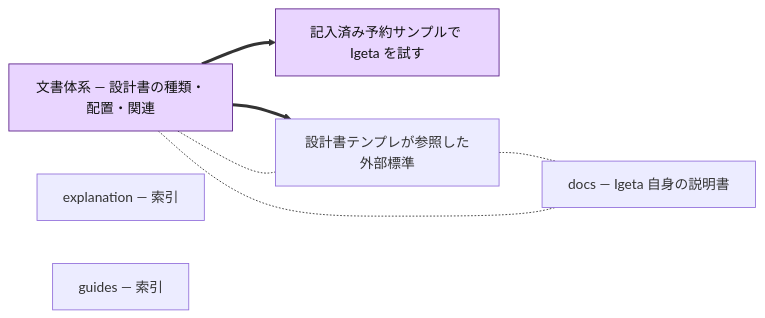
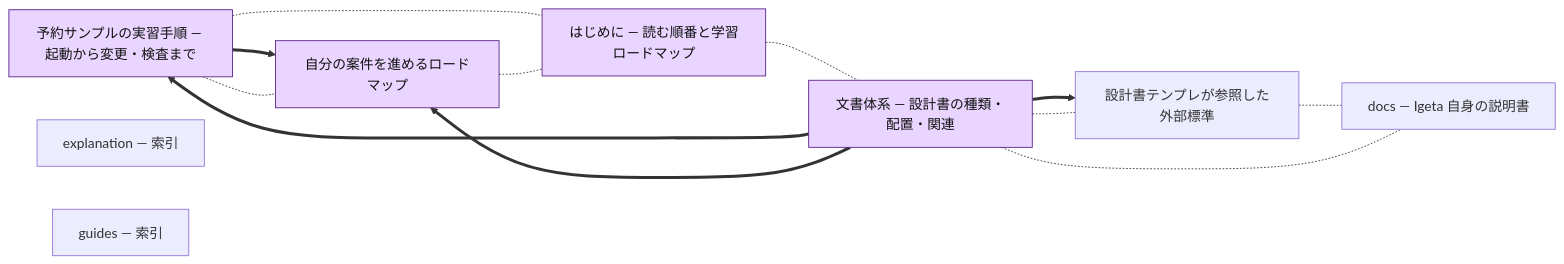
Before and after one commit to SakakitaniJunya/Igeta: the diagram in docs/dependencies.md, drawn with Mermaid. The commit also changed other lines of this file and 8 other files, not shown here.

Commit message:
docs: add first-read path and learning-to-project roadmap

````diff
--- a/docs/dependencies.md
+++ b/docs/dependencies.md
@@ -12,29 +12,39 @@
 ```mermaid
 graph LR
   classDef standard fill:#fde68a,stroke:#92400e,color:#111
   classDef architecture fill:#bfdbfe,stroke:#1e3a8a,color:#111
   classDef strategy fill:#fbcfe8,stroke:#9d174d,color:#111
   classDef prd fill:#bbf7d0,stroke:#065f46,color:#111
   classDef business fill:#a7f3d0,stroke:#064e3b,color:#111
   classDef adr fill:#c7d2fe,stroke:#3730a3,color:#111
   classDef runbook fill:#fecaca,stroke:#7f1d1d,color:#111
   classDef guide fill:#e9d5ff,stroke:#581c87,color:#111
   classDef design fill:#ddd6fe,stroke:#6d28d9,color:#111
-  booking-sample-guide["記入済み予約サンプルで Igeta を試す"]
+  booking-sample-guide["予約サンプルの実習手順 — 起動から変更・検査まで"]
   class booking-sample-guide guide
   design-doc-standards["設計書テンプレが参照した外部標準"]
   class design-doc-standards explanation
   docs-index["docs — Igeta 自身の説明書"]
   class docs-index index
   document-taxonomy["文書体系 — 設計書の種類・配置・関連"]
   class document-taxonomy guide
   explanation-index["explanation — 索引"]
   class explanation-index index
   guides-index["guides — 索引"]
   class guides-index index
+  project-roadmap["自分の案件を進めるロードマップ"]
+  class project-roadmap guide
+  start-here["はじめに — 読む順番と学習ロードマップ"]
+  class start-here guide
   document-taxonomy ==> booking-sample-guide
   document-taxonomy ==> design-doc-standards
+  document-taxonomy ==> project-roadmap
+  booking-sample-guide ==> project-roadmap
+  booking-sample-guide -.- start-here
+  booking-sample-guide -.- project-roadmap
   design-doc-standards -.- docs-index
   document-taxonomy -.- design-doc-standards
   document-taxonomy -.- docs-index
+  project-roadmap -.- start-here
+  start-here -.- document-taxonomy
 ```
````
